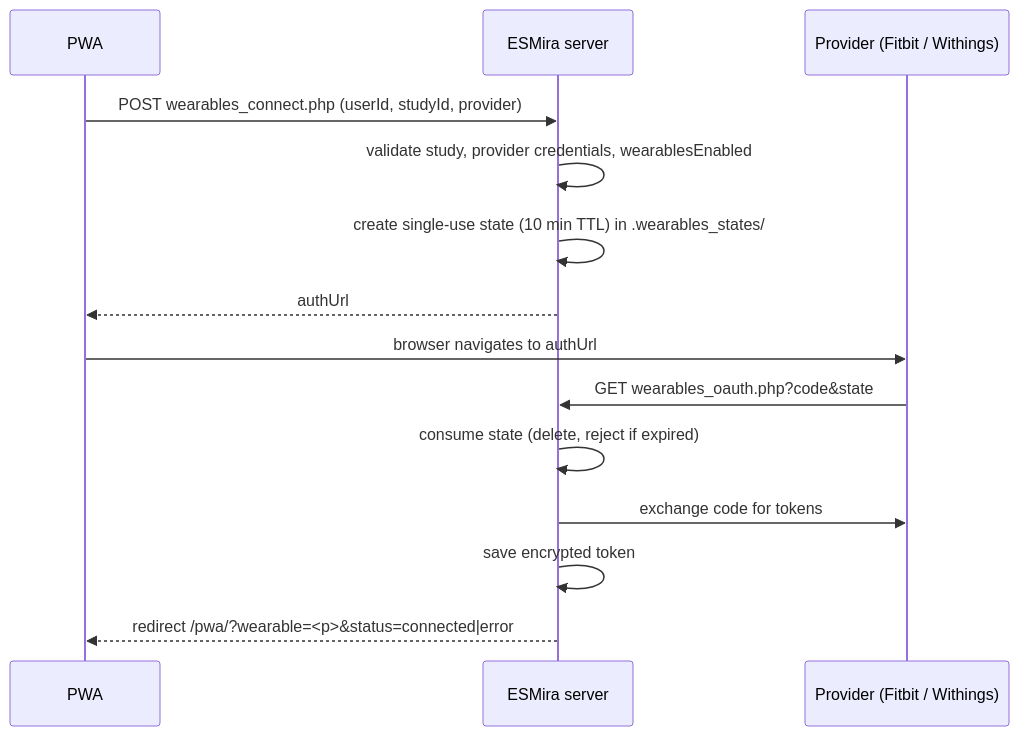
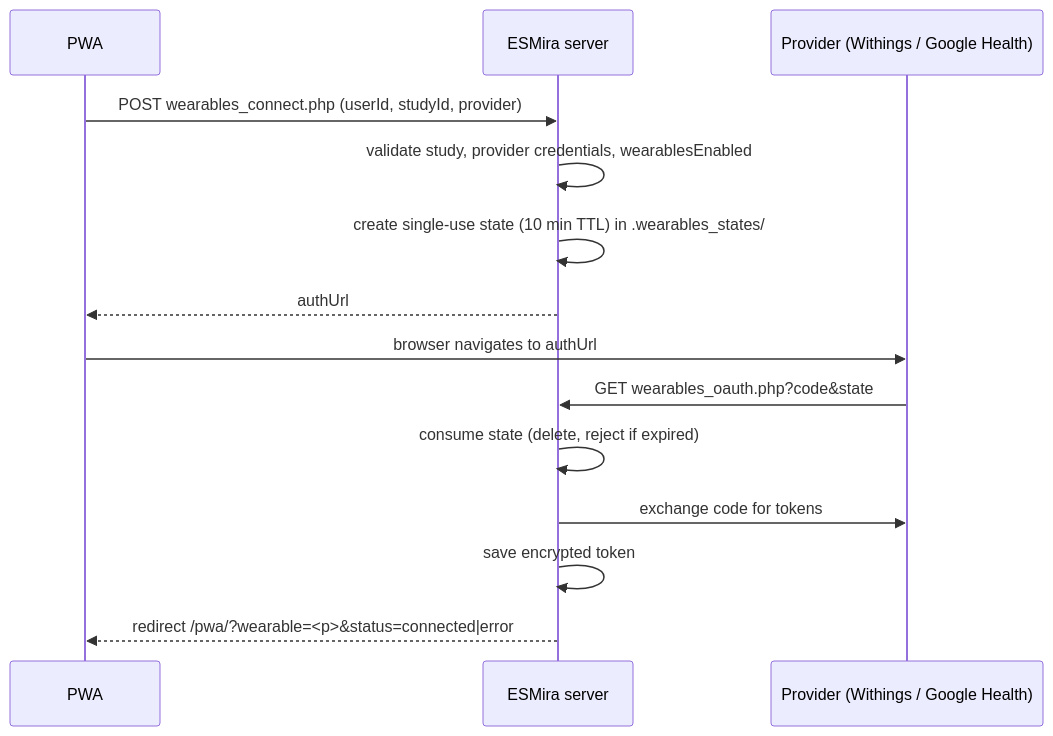
Before and after one commit to andreifoldes/iEMAbot: the first of 2 diagrams in website/docs/backend/wearables.md, drawn with Mermaid. The commit also changed other lines of this file and 30 other files, not shown here.

First line of the commit message:
refactor(workflow): remove the Fitbit provider and rely on Google Health

````diff
--- a/website/docs/backend/wearables.md
+++ b/website/docs/backend/wearables.md
@@ -55,16 +54,16 @@
 ```mermaid
 sequenceDiagram
   participant P as PWA
   participant S as ESMira server
-  participant W as Provider (Fitbit / Withings)
+  participant W as Provider (Withings / Google Health)
   P->>S: POST wearables_connect.php (userId, studyId, provider)
   S->>S: validate study, provider credentials, wearablesEnabled
   S->>S: create single-use state (10 min TTL) in .wearables_states/
   S-->>P: authUrl
   P->>W: browser navigates to authUrl
   W->>S: GET wearables_oauth.php?code&state
   S->>S: consume state (delete, reject if expired)
   S->>W: exchange code for tokens
   S->>S: save encrypted token
   S-->>P: redirect /pwa/?wearable=<p>&status=connected|error
 ```
````
